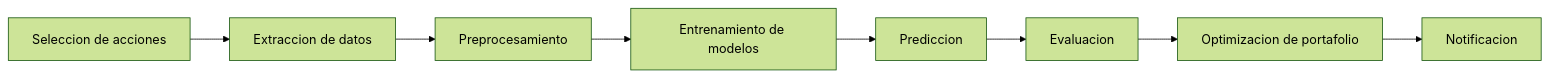
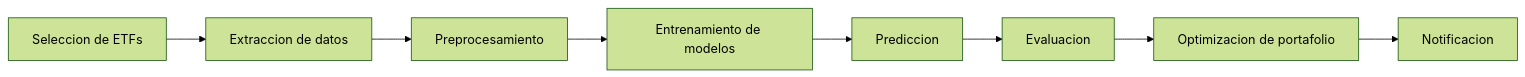
One commit to jcval94/yahoo changed the first of 4 diagrams in README.md. Above: the diagram before and after it, drawn with Mermaid (forest theme). The commit also changed other lines of this file and 9 other files, not shown here.

Commit message:
docs: include rl agent in diagrams

````diff
--- a/README.md
+++ b/README.md
@@ -17,10 +17,10 @@
 ```mermaid
 flowchart LR
-    A[Seleccion de acciones] --> B[Extraccion de datos]
+    A[Seleccion de ETFs] --> B[Extraccion de datos]
     B --> C[Preprocesamiento]
     C --> D[Entrenamiento de modelos]
     D --> E[Prediccion]
     E --> F[Evaluacion]
     F --> G[Optimizacion de portafolio]
     G --> H[Notificacion]
 ```
````
